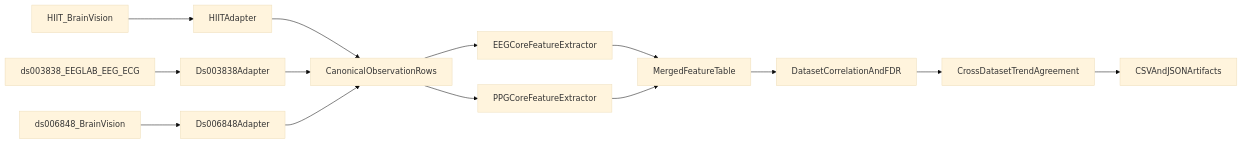
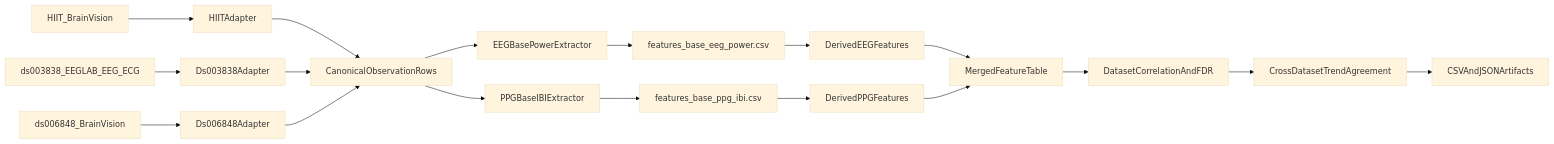
The diagram in .cursor/plans/core_cross-dataset_pipeline_5e33ad5e.plan.md (Sara-Bonyadian/Thesis), drawn with Mermaid (base theme) before and after one commit. The commit also changed other lines of this file and 6 other files, not shown here.

Commit message:
update ppg base one new schema

````diff
--- a/.cursor/plans/core_cross-dataset_pipeline_5e33ad5e.plan.md
+++ b/.cursor/plans/core_cross-dataset_pipeline_5e33ad5e.plan.md
@@ -43,20 +43,24 @@
 ```mermaid
 flowchart LR
   hiitData["HIIT_BrainVision"] --> hiitAdapter["HIITAdapter"]
   ds003838Data["ds003838_EEGLAB_EEG_ECG"] --> ds003838Adapter["Ds003838Adapter"]
   ds006848Data["ds006848_BrainVision"] --> ds006848Adapter["Ds006848Adapter"]
 
   hiitAdapter --> canonicalObs["CanonicalObservationRows"]
   ds003838Adapter --> canonicalObs
   ds006848Adapter --> canonicalObs
 
-  canonicalObs --> eegCore["EEGCoreFeatureExtractor"]
-  canonicalObs --> ppgCore["PPGCoreFeatureExtractor"]
+  canonicalObs --> eegCore["EEGBasePowerExtractor"]
+  canonicalObs --> ppgCore["PPGBaseIBIExtractor"]
 
-  eegCore --> mergedTable["MergedFeatureTable"]
-  ppgCore --> mergedTable
+  eegCore --> eegBase["features_base_eeg_power.csv"]
+  ppgCore --> ppgBase["features_base_ppg_ibi.csv"]
+  eegBase --> derivedEeg["DerivedEEGFeatures"]
+  ppgBase --> derivedPpg["DerivedPPGFeatures"]
+  derivedEeg --> mergedTable["MergedFeatureTable"]
+  derivedPpg --> mergedTable
 
   mergedTable --> corrPerDataset["DatasetCorrelationAndFDR"]
   corrPerDataset --> agreement["CrossDatasetTrendAgreement"]
   agreement --> artifacts["CSVAndJSONArtifacts"]
 ```
````
